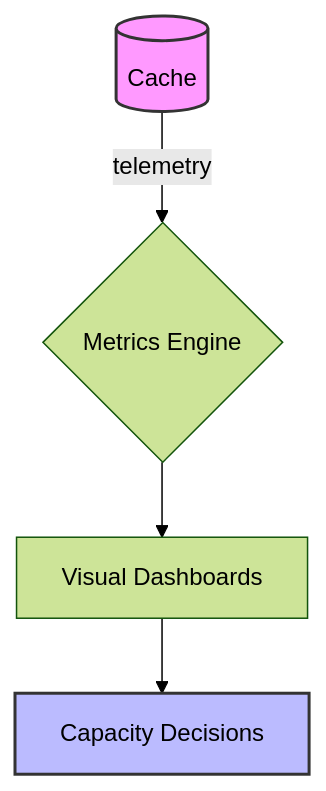
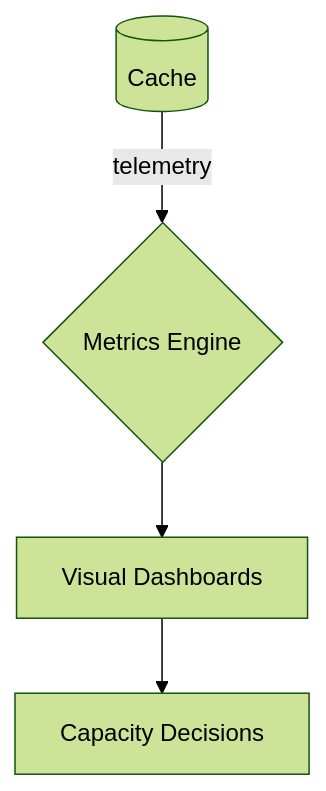
One commit to N-Dave-08/fs-course-caching changed the diagram in level-06-production-caching/lesson-01-cache-monitoring.md. Above: the diagram before and after it, drawn with Mermaid (forest theme).

Commit message:
chore: remove flowchart colors

````diff
--- a/level-06-production-caching/lesson-01-cache-monitoring.md
+++ b/level-06-production-caching/lesson-01-cache-monitoring.md
@@ -34,9 +34,6 @@
 ```mermaid
 flowchart TD
   A[(Cache)] -- telemetry --> B{Metrics Engine}
   B --> C[Visual Dashboards]
   C --> D[Capacity Decisions]
-
-  style A fill:#f9f,stroke:#333,stroke-width:2px
-  style D fill:#bbf,stroke:#333,stroke-width:2px
 ```
````
